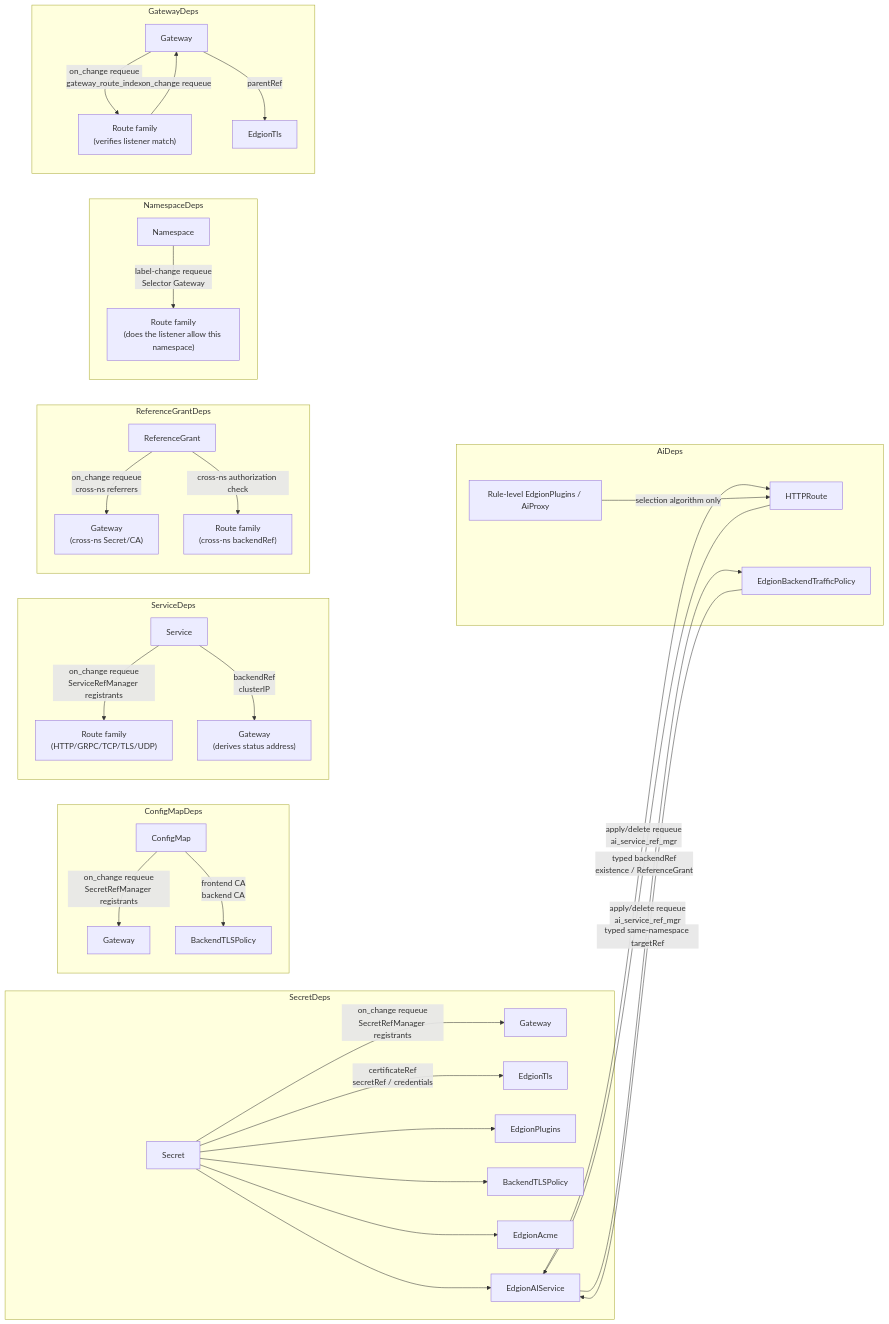
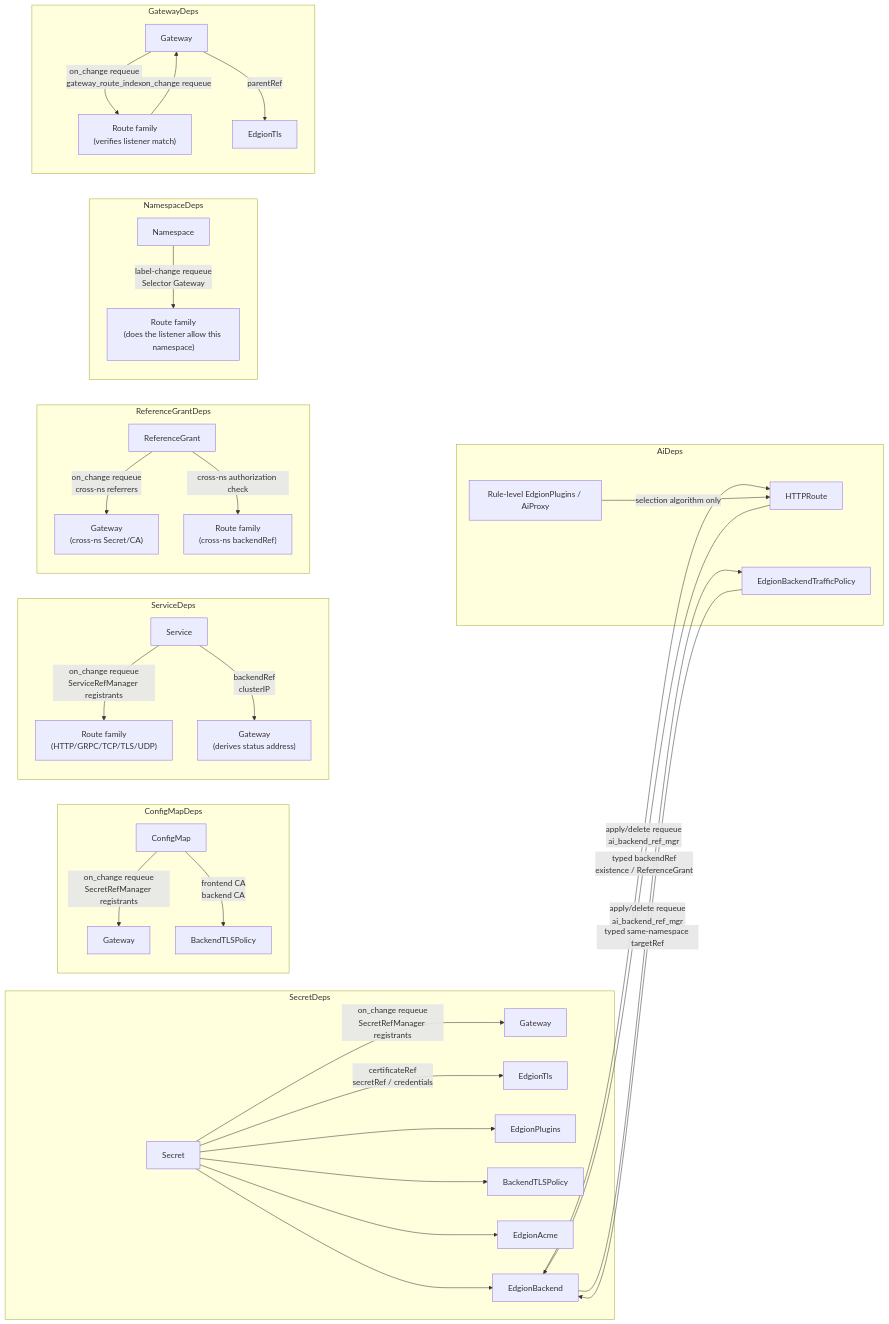
The diagram in skills/01-architecture/05-resources/19-resource-dependency.md (Pandaala/Edgion), drawn with Mermaid before and after one commit. The commit also changed other lines of this file and 210 other files, not shown here.

Commit message:
refactor for edgion backend

````diff
--- a/skills/01-architecture/05-resources/19-resource-dependency.md
+++ b/skills/01-architecture/05-resources/19-resource-dependency.md
@@ -12,44 +12,44 @@
 ```mermaid
 flowchart LR
     subgraph SecretDeps
         Secret -- "on_change requeue\nSecretRefManager registrants" --> Gateway
         Secret -- "certificateRef\nsecretRef / credentials" --> EdgionTls
         Secret --> EdgionPlugins
         Secret --> BackendTLSPolicy
         Secret --> EdgionAcme
-        Secret --> EdgionAIService
+        Secret --> EdgionBackend
     end
 
     subgraph ConfigMapDeps
         ConfigMap -- "on_change requeue\nSecretRefManager registrants" --> Gateway2[Gateway]
         ConfigMap -- "frontend CA\nbackend CA" --> BackendTLSPolicy2[BackendTLSPolicy]
     end
 
     subgraph ServiceDeps
         Service -- "on_change requeue\nServiceRefManager registrants" --> Routes["Route family\n(HTTP/GRPC/TCP/TLS/UDP)"]
         Service -- "backendRef\nclusterIP" --> Gateway3["Gateway\n(derives status address)"]
     end
 
     subgraph ReferenceGrantDeps
         ReferenceGrant -- "on_change requeue\ncross-ns referrers" --> Gateway4["Gateway\n(cross-ns Secret/CA)"]
         ReferenceGrant -- "cross-ns authorization check" --> Routes2["Route family\n(cross-ns backendRef)"]
     end
 
     subgraph NamespaceDeps
         Namespace -- "label-change requeue\nSelector Gateway" --> Routes3["Route family\n(does the listener allow this namespace)"]
     end
 
     subgraph GatewayDeps
         GW[Gateway] -- "on_change requeue\ngateway_route_index" --> Routes4["Route family\n(verifies listener match)"]
         GW -- "parentRef" --> EdgionTls2[EdgionTls]
         Routes4 -- "on_change requeue" --> GW
     end
 
     subgraph AiDeps
-        HTTPRouteAI[HTTPRoute] -- "typed backendRef\nexistence / ReferenceGrant" --> EdgionAIService
-        EBTP[EdgionBackendTrafficPolicy] -- "typed same-namespace targetRef" --> EdgionAIService
-        EdgionAIService -- "apply/delete requeue\nai_service_ref_mgr" --> HTTPRouteAI
-        EdgionAIService -- "apply/delete requeue\nai_service_ref_mgr" --> EBTP
+        HTTPRouteAI[HTTPRoute] -- "typed backendRef\nexistence / ReferenceGrant" --> EdgionBackend
+        EBTP[EdgionBackendTrafficPolicy] -- "typed same-namespace targetRef" --> EdgionBackend
+        EdgionBackend -- "apply/delete requeue\nai_backend_ref_mgr" --> HTTPRouteAI
+        EdgionBackend -- "apply/delete requeue\nai_backend_ref_mgr" --> EBTP
         AiProxy[Rule-level EdgionPlugins / AiProxy] -- "selection algorithm only" --> HTTPRouteAI
     end
 ```
````
